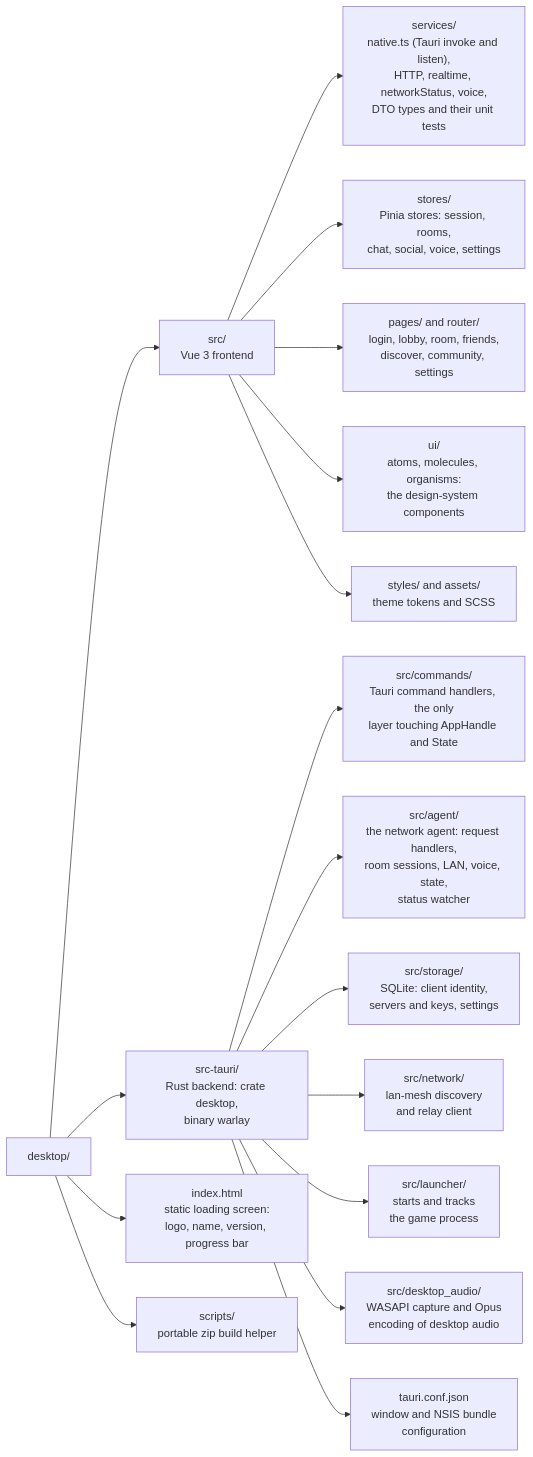
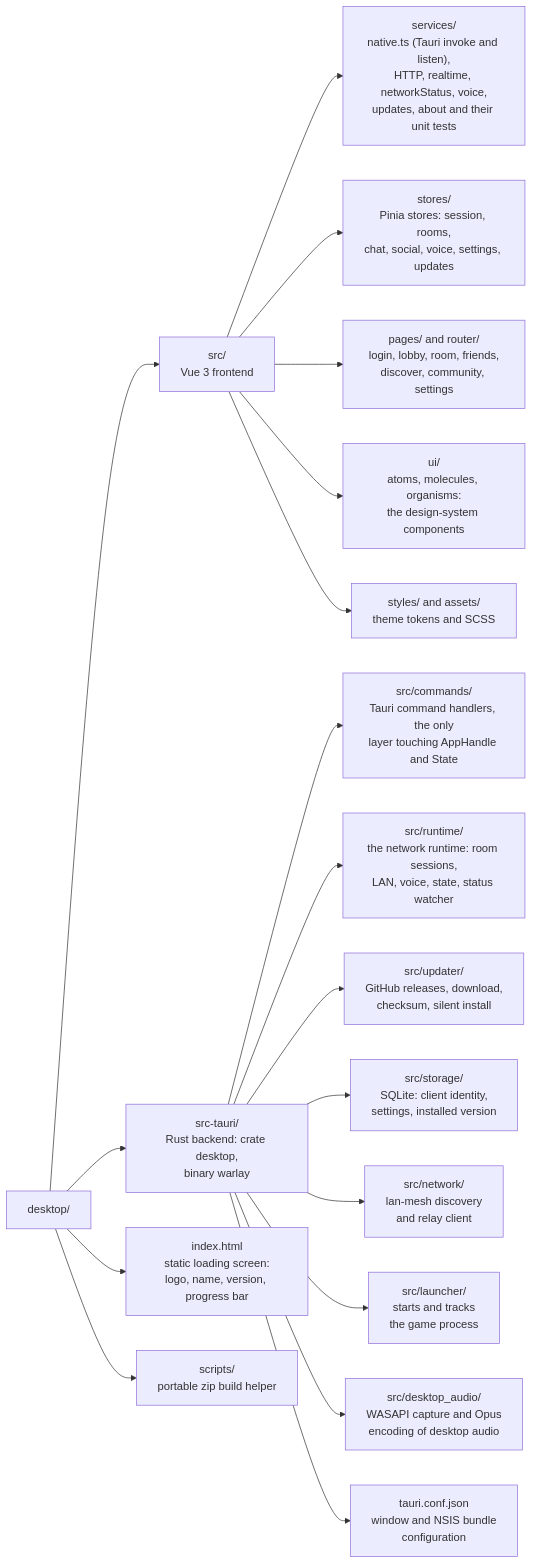
One commit to jhonsferg/warlay changed the first of 2 diagrams in desktop/README.md. Above: the diagram before and after it, drawn with Mermaid. The commit also changed other lines of this file, not shown here.

````diff
--- a/desktop/README.md
+++ b/desktop/README.md
@@ -46,23 +48,24 @@
 ```mermaid
 flowchart LR
     root["desktop/"]
 
     root --> frontend["src/<br/>Vue 3 frontend"]
-    frontend --> services["services/<br/>native.ts (Tauri invoke and listen),<br/>HTTP, realtime, networkStatus, voice,<br/>DTO types and their unit tests"]
-    frontend --> store["stores/<br/>Pinia stores: session, rooms,<br/>chat, social, voice, settings"]
+    frontend --> services["services/<br/>native.ts (Tauri invoke and listen),<br/>HTTP, realtime, networkStatus, voice,<br/>updates, about and their unit tests"]
+    frontend --> store["stores/<br/>Pinia stores: session, rooms,<br/>chat, social, voice, settings, updates"]
     frontend --> pages["pages/ and router/<br/>login, lobby, room, friends,<br/>discover, community, settings"]
     frontend --> ui["ui/<br/>atoms, molecules, organisms:<br/>the design-system components"]
     frontend --> styles["styles/ and assets/<br/>theme tokens and SCSS"]
 
     root --> backend["src-tauri/<br/>Rust backend: crate desktop,<br/>binary warlay"]
     backend --> commands["src/commands/<br/>Tauri command handlers, the only<br/>layer touching AppHandle and State"]
-    backend --> agent["src/agent/<br/>the network agent: request handlers,<br/>room sessions, LAN, voice, state,<br/>status watcher"]
-    backend --> clientStorage["src/storage/<br/>SQLite: client identity,<br/>servers and keys, settings"]
+    backend --> runtime["src/runtime/<br/>the network runtime: room sessions,<br/>LAN, voice, state, status watcher"]
+    backend --> updater["src/updater/<br/>GitHub releases, download,<br/>checksum, silent install"]
+    backend --> clientStorage["src/storage/<br/>SQLite: client identity,<br/>settings, installed version"]
     backend --> network["src/network/<br/>lan-mesh discovery<br/>and relay client"]
     backend --> launcher["src/launcher/<br/>starts and tracks<br/>the game process"]
     backend --> audio["src/desktop_audio/<br/>WASAPI capture and Opus<br/>encoding of desktop audio"]
     backend --> tauriConf["tauri.conf.json<br/>window and NSIS bundle<br/>configuration"]
 
     root --> splash["index.html<br/>static loading screen:<br/>logo, name, version, progress bar"]
     root --> scripts["scripts/<br/>portable zip build helper"]
 ```
````
